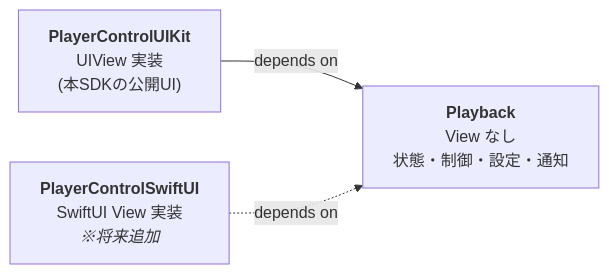
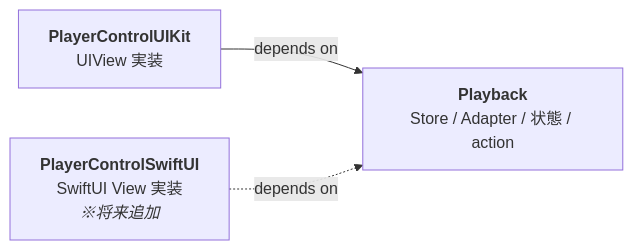
Before and after one commit to FujimoriGit/AVPlayerControlUI: the second of 5 diagrams in DESIGN.md, drawn with Mermaid. The commit also changed other lines of this file, not shown here.

First line of the commit message:
Refactor design to Store + Adapter architecture

````diff
--- a/DESIGN.md
+++ b/DESIGN.md
@@ -44,9 +82,9 @@
 ```mermaid
 graph LR
-    A["<b>Playback</b><br/>View なし<br/>状態・制御・設定・通知"]
-    B["<b>PlayerControlUIKit</b><br/>UIView 実装<br/>(本SDKの公開UI)"]
+    A["<b>Playback</b><br/>Store / Adapter / 状態 / action"]
+    B["<b>PlayerControlUIKit</b><br/>UIView 実装"]
     C["<b>PlayerControlSwiftUI</b><br/>SwiftUI View 実装<br/><i>※将来追加</i>"]
 
     B -->|depends on| A
     C -.->|depends on| A
 ```
````
